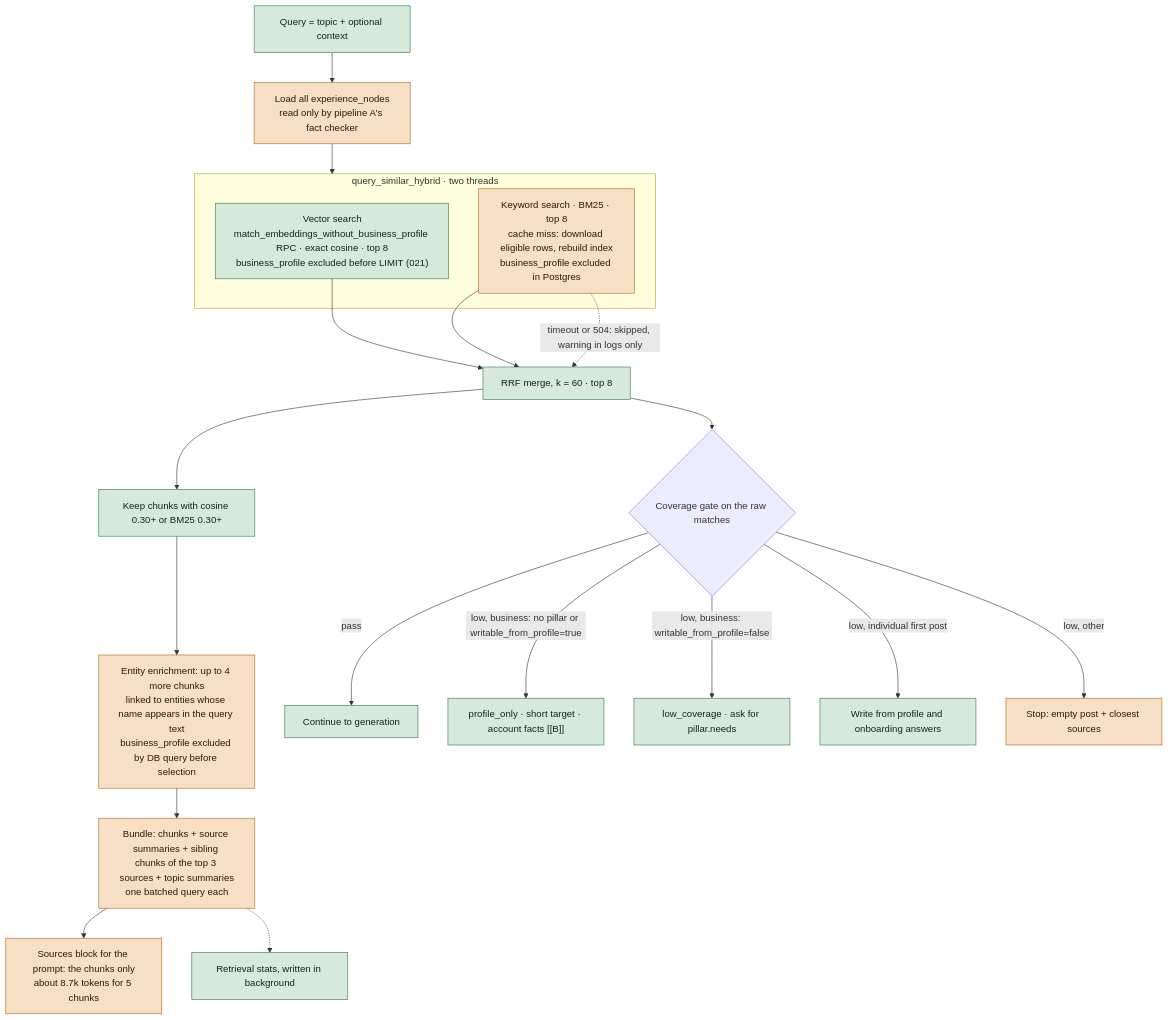
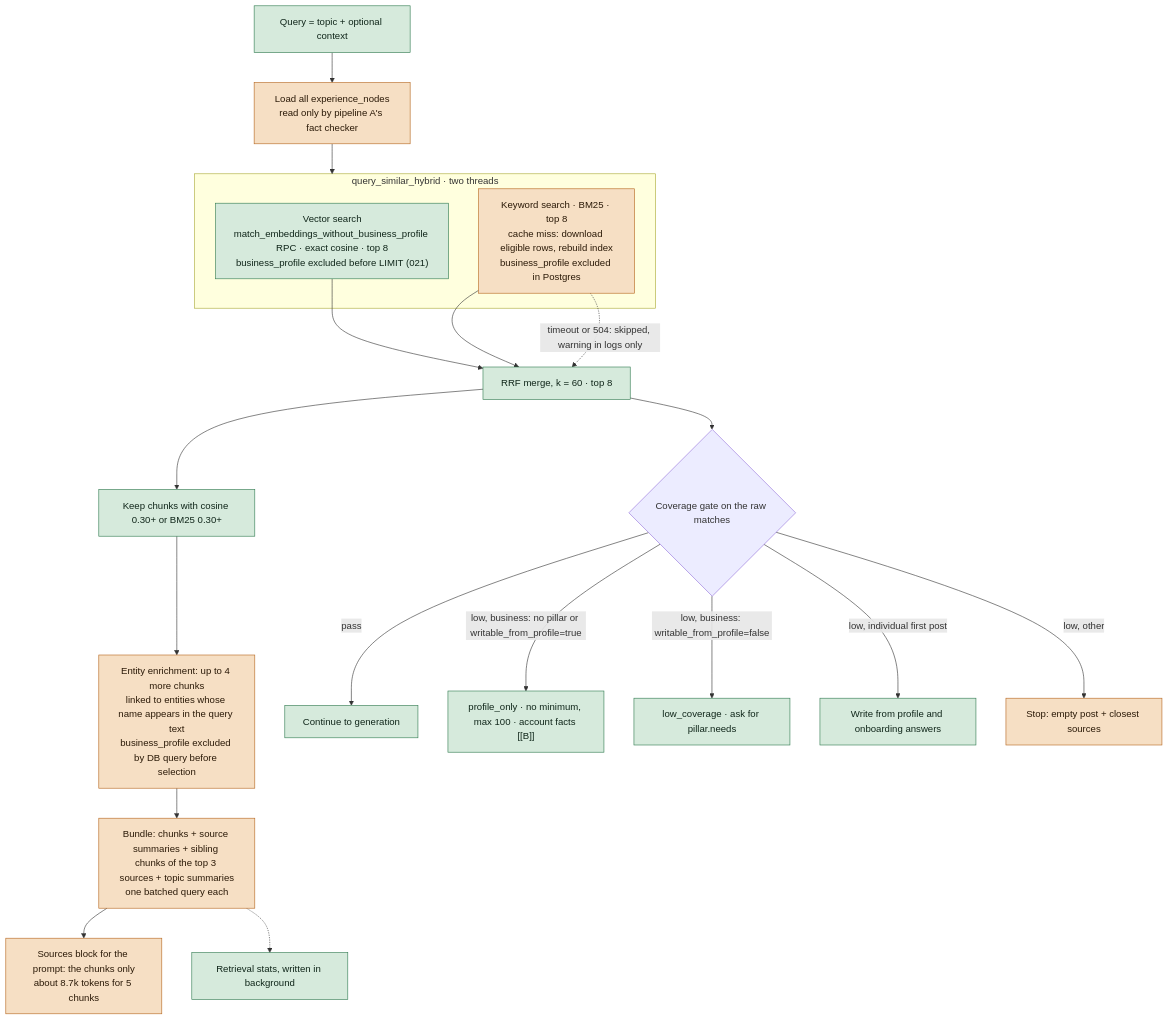
The fourth of 9 diagrams in docs/ARCHITECTURE.md (Soham112/Contendo), drawn with Mermaid before and after one commit. The commit also changed other lines of this file and 8 other files, not shown here.

````diff
--- a/docs/ARCHITECTURE.md
+++ b/docs/ARCHITECTURE.md
@@ -290,30 +290,30 @@
 ```mermaid
 flowchart TD
   q["Query = topic + optional context"] --> expn["Load all experience_nodes<br/>read only by pipeline A's fact checker"]
   expn --> par
   subgraph par["query_similar_hybrid · two threads"]
     vec["Vector search<br/>match_embeddings_without_business_profile RPC · exact cosine · top 8<br/>business_profile excluded before LIMIT (021)"]
     kw["Keyword search · BM25 · top 8<br/>cache miss: download eligible rows, rebuild index<br/>business_profile excluded in Postgres"]
   end
   vec --> rrf["RRF merge, k = 60 · top 8"]
   kw --> rrf
   kw -.->|"timeout or 504: skipped, warning in logs only"| rrf
   rrf --> rel["Keep chunks with cosine 0.30+ or BM25 0.30+"]
   rel --> enr["Entity enrichment: up to 4 more chunks<br/>linked to entities whose name appears in the query text<br/>business_profile excluded by DB query before selection"]
   enr --> bundle["Bundle: chunks + source summaries + sibling chunks of the top 3 sources + topic summaries<br/>one batched query each"]
   bundle --> fmt["Sources block for the prompt: the chunks only<br/>about 8.7k tokens for 5 chunks"]
   bundle -.-> stats["Retrieval stats, written in background"]
   rrf --> gate{"Coverage gate on the raw matches"}
   gate -->|pass| go["Continue to generation"]
-  gate -->|"low, business: no pillar or writable_from_profile=true"| po["profile_only · short target · account facts [[B]]"]
+  gate -->|"low, business: no pillar or writable_from_profile=true"| po["profile_only · no minimum, max 100 · account facts [[B]]"]
   gate -->|"low, business: writable_from_profile=false"| bl["low_coverage · ask for pillar.needs"]
   gate -->|"low, individual first post"| fp["Write from profile and onboarding answers"]
   gate -->|"low, other"| lc["Stop: empty post + closest sources"]
   class q,vec,rrf,rel,stats,go,fp,po,bl built
   class expn,kw,enr,bundle,fmt,lc issue
   classDef built fill:#d6eadc,stroke:#2f7a4f,color:#10261a
   classDef issue fill:#f6dfc4,stroke:#b5651d,color:#2b1a08
   classDef planned fill:#e2e2f4,stroke:#5b5ea6,color:#16173a,stroke-dasharray:5 3
   classDef store fill:#d9e7f4,stroke:#2d5f8a,color:#0e2235
   classDef ext fill:#ececec,stroke:#6b6b6b,color:#1c1c1c
 ```
````
